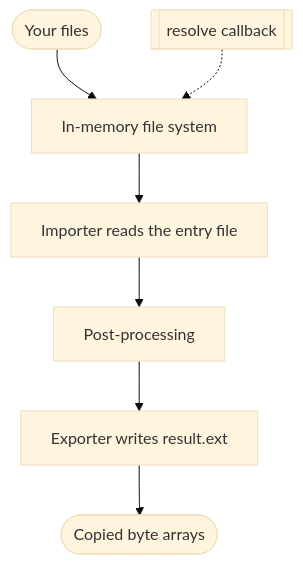
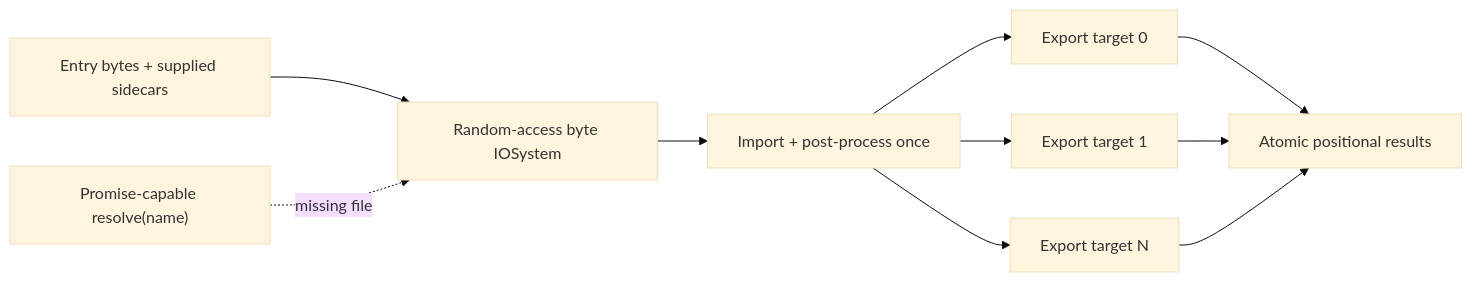
One commit to taucad/libassimp changed the first of 2 diagrams in docs-site/content/docs/how-it-works.mdx. Above: the diagram before and after it, drawn with Mermaid (base theme). The commit also changed other lines of this file and 67 other files, not shown here.

````diff
--- a/docs-site/content/docs/how-it-works.mdx
+++ b/docs-site/content/docs/how-it-works.mdx
@@ -13,9 +8,12 @@
 ```mermaid
-flowchart TD
-  A([Your files]) --> B[In-memory file system]
-  R[[resolve callback]] -.-> B
-  B --> C[Importer reads the entry file]
-  C --> D[Post-processing]
-  D --> E[Exporter writes result.ext]
-  E --> F([Copied byte arrays])
+flowchart LR
+  A["Entry bytes + supplied sidecars"] --> B["Random-access byte IOSystem"]
+  R["Promise-capable resolve(name)"] -. "missing file" .-> B
+  B --> C["Import + post-process once"]
+  C --> D["Export target 0"]
+  C --> E["Export target 1"]
+  C --> F["Export target N"]
+  D --> G["Atomic positional results"]
+  E --> G
+  F --> G
 ```
````
